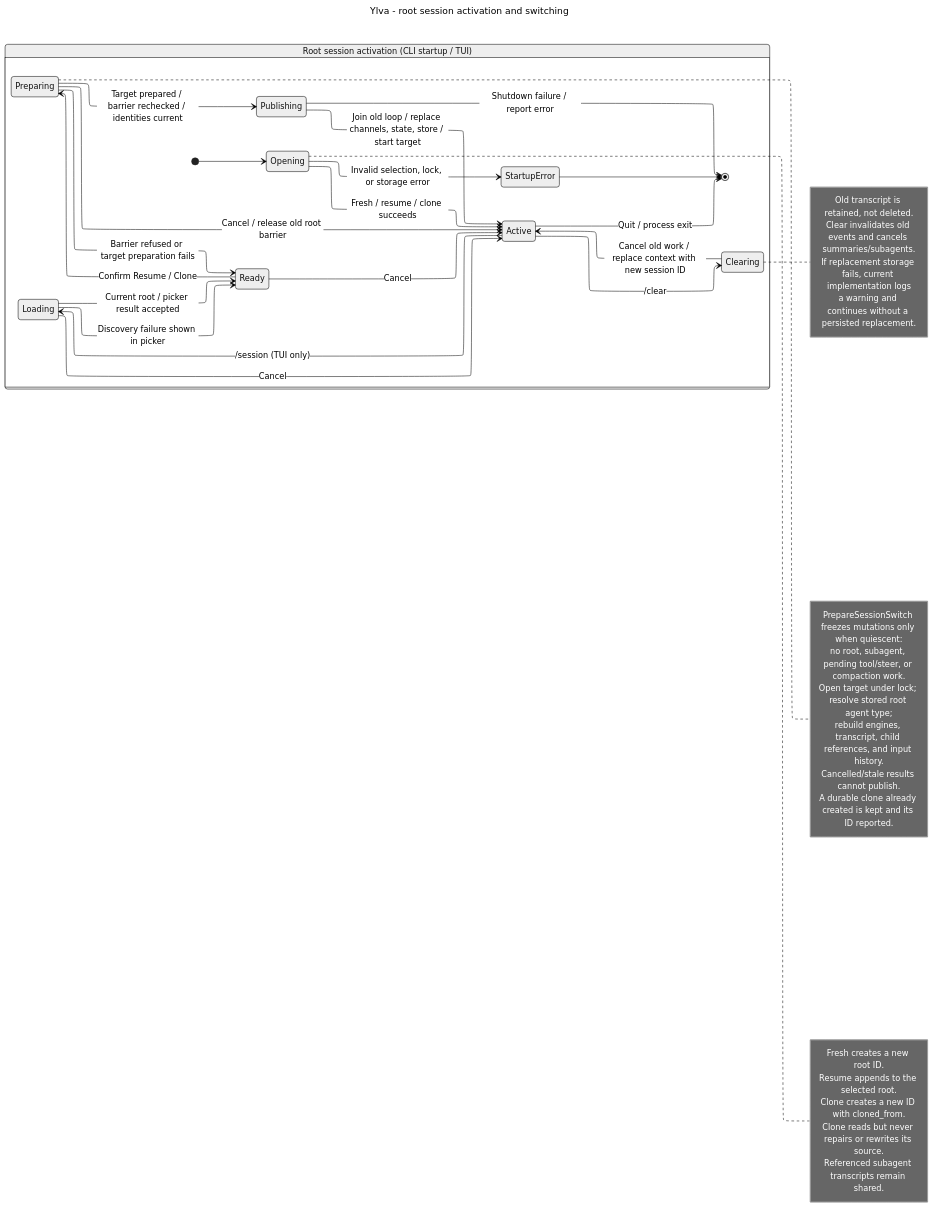
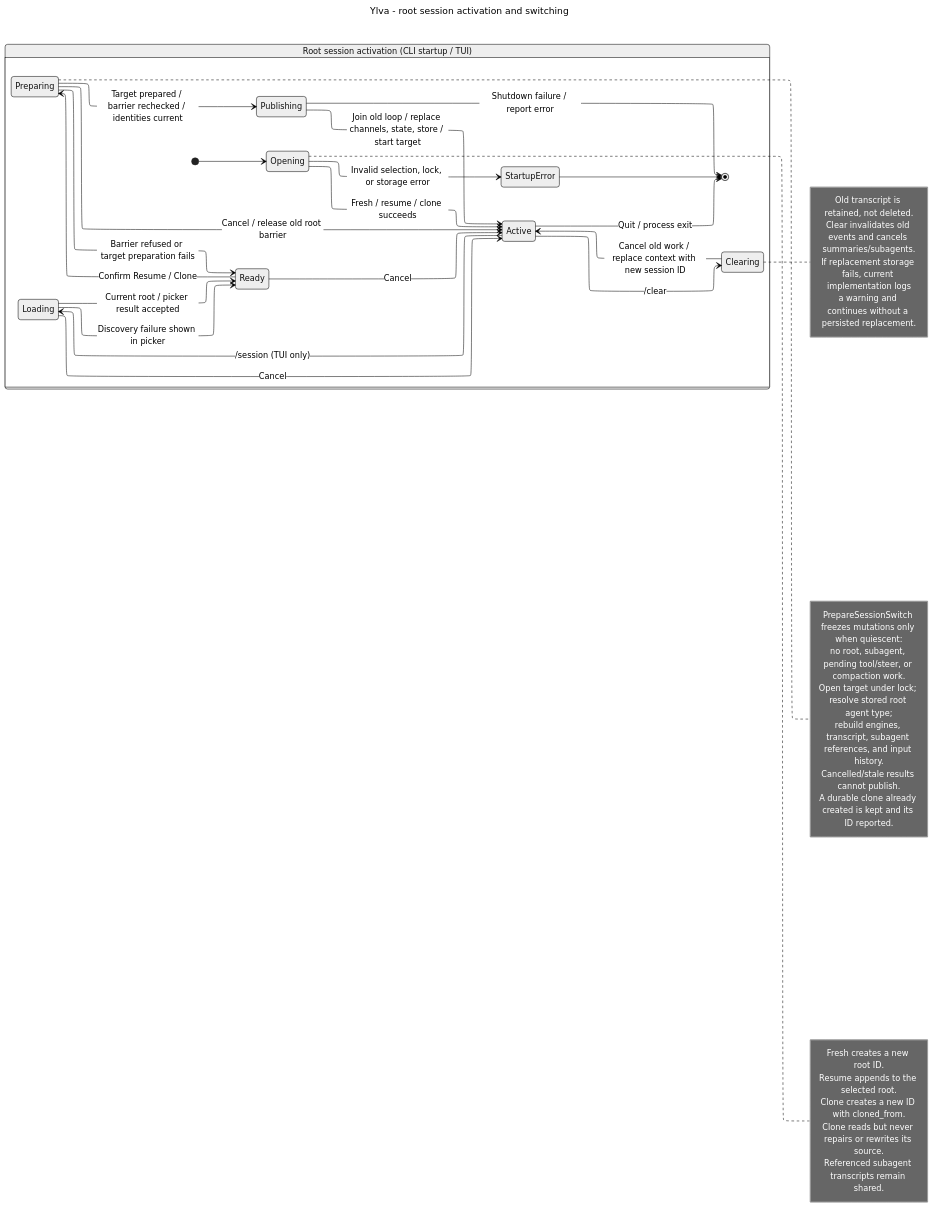
The diagram in docs/diagrams/session-lifecycle-state-diagram.mmd (manuel-koch/ylva), drawn with Mermaid (neutral theme) before and after one commit. The commit also changed 117 other files, not shown here.

```diff
--- a/docs/diagrams/session-lifecycle-state-diagram.mmd
+++ b/docs/diagrams/session-lifecycle-state-diagram.mmd
@@ -1,58 +1,58 @@
 ---
 title: Ylva - root session activation and switching
 config:
   layout: elk
 ---
 
 stateDiagram-v2
     direction LR
 
     %% Sources: main.rs (open_store), store.rs,
     %% tui_driver.rs, tui_driver/sessions.rs, agent/runtime/commands.rs.
     %% Conceptual lifecycle, not an enum or an exhaustive error-state machine.
 
     state "Root session activation (CLI startup / TUI)" as Runtime {
         [*] --> Opening
         Opening --> Active : Fresh / resume / clone succeeds
         Opening --> StartupError : Invalid selection, lock, or storage error
         StartupError --> [*]
 
         Active --> Clearing : /clear
         Clearing --> Active : Cancel old work / replace context with new session ID
         note right of Clearing
             Old transcript is retained, not deleted.
             Clear invalidates old events and cancels summaries/subagents.
             If replacement storage fails, current implementation logs
             a warning and continues without a persisted replacement.
         end note
 
         Active --> Loading : /session (TUI only)
         Loading --> Ready : Current root / picker result accepted
         Loading --> Active : Cancel
         Loading --> Ready : Discovery failure shown in picker
         Ready --> Preparing : Confirm Resume / Clone
         Ready --> Active : Cancel
         Preparing --> Ready : Barrier refused or target preparation fails
         Preparing --> Active : Cancel / release old root barrier
         Preparing --> Publishing : Target prepared / barrier rechecked / identities current
         Publishing --> Active : Join old loop / replace channels, state, store / start target
         Publishing --> [*] : Shutdown failure / report error
         Active --> [*] : Quit / process exit
 
         note right of Preparing
             PrepareSessionSwitch freezes mutations only when quiescent:
             no root, subagent, pending tool/steer, or compaction work.
             Open target under lock; resolve stored root agent type;
-            rebuild engines, transcript, child references, and input history.
+            rebuild engines, transcript, subagent references, and input history.
             Cancelled/stale results cannot publish.
             A durable clone already created is kept and its ID reported.
         end note
 
         note right of Opening
             Fresh creates a new root ID.
             Resume appends to the selected root.
             Clone creates a new ID with cloned_from.
             Clone reads but never repairs or rewrites its source.
             Referenced subagent transcripts remain shared.
         end note
     }
```
